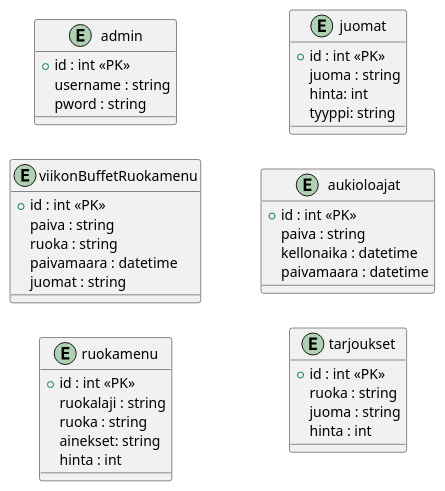
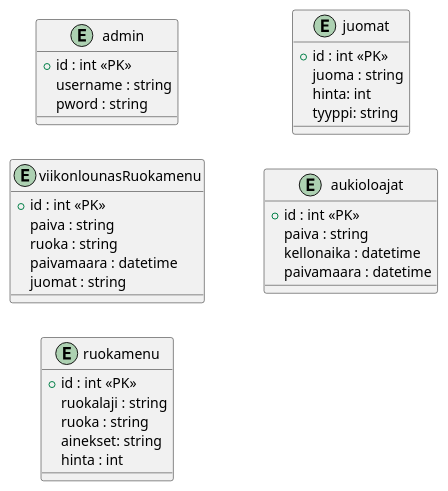
One commit to epe129/Cafeteria-Menu-Display changed the diagram in db_kaavio.puml. Above: the diagram before and after it, drawn with PlantUML. The commit also changed 3 other files, not shown here.

```diff
--- a/db_kaavio.puml
+++ b/db_kaavio.puml
@@ -1,47 +1,40 @@
 @startuml kalastus
 left to right direction
 
 entity admin {
   +id : int <<PK>>
   username : string
   pword : string
 }
 
-entity viikonBuffetRuokamenu {
+entity viikonlounasRuokamenu {
   +id : int <<PK>>
   paiva : string
   ruoka : string
   paivamaara : datetime
   juomat : string
 }
 
 entity ruokamenu {
   +id : int <<PK>>
   ruokalaji : string
   ruoka : string
   ainekset: string
   hinta : int
 }
 
 entity juomat {
   +id : int <<PK>>
   juoma : string
   hinta: int
   tyyppi: string
 }
  
 entity aukioloajat {
   +id : int <<PK>>
   paiva : string
   kellonaika : datetime
   paivamaara : datetime
 }
  
-entity tarjoukset {
-  +id : int <<PK>>
-  ruoka : string
-  juoma : string
-  hinta : int
-}
- 
 @enduml
```
